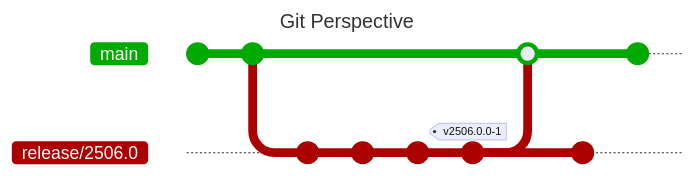
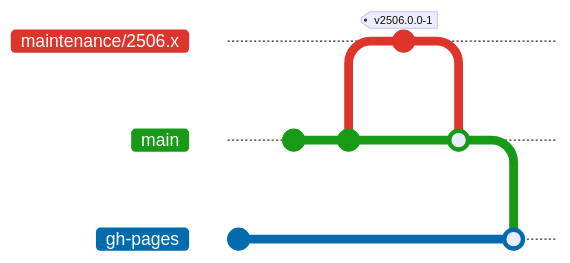
One commit to CoreMedia/coremedia-globallink-connect-integration changed the first of 2 diagrams in website/dev/release/steps/07-merge.mdx. Above: the diagram before and after it, drawn with Mermaid. The commit also changed other lines of this file and 4 other files, not shown here. Commit ids are hidden.

````diff
--- a/website/dev/release/steps/07-merge.mdx
+++ b/website/dev/release/steps/07-merge.mdx
@@ -33,26 +33,27 @@
 ```mermaid
 ---
-title: "Git Perspective"
 config:
   theme: 'default'
   themeVariables:
-      'git0': '#00aa00'
-      'git1': '#aa0000'
+      'git0': '#dd342b'
+      'git1': '#179b17'
+      'git2': '#006cae'
       'gitBranchLabel0': '#ffffff'
       'gitBranchLabel1': '#ffffff'
+      'gitBranchLabel2': '#ffffff'
+  gitGraph:
+    mainBranchOrder: 97
 ---
 gitGraph:
-  commit
-  commit
-  branch "release/2506.0"
-  commit id: "Set CMCC Version"
-  commit id: "Update GCC Client"
-  commit id: "Update Third-Party"
-  commit id: "Update Documentation" tag: "v2506.0.0-1"
+  branch gh-pages order: 98
+  commit id: "orphaned"
   checkout main
-  merge "release/2506.0" id: "Merge Updates"
-  checkout "release/2506.0"
-  commit id: "2506.0+ maintenance"
+  commit id: " "
+  commit id: "maintenance/2506.x"
+  branch "maintenance/2506.x" order: 50
+  commit id: "adaptations 2506.0" tag: "v2506.0.0-1"
   checkout main
-  commit id: "further development"
+  merge "maintenance/2506.x"
+  checkout gh-pages
+  merge main id: "publish 2506.0 docs"
 ```
````
